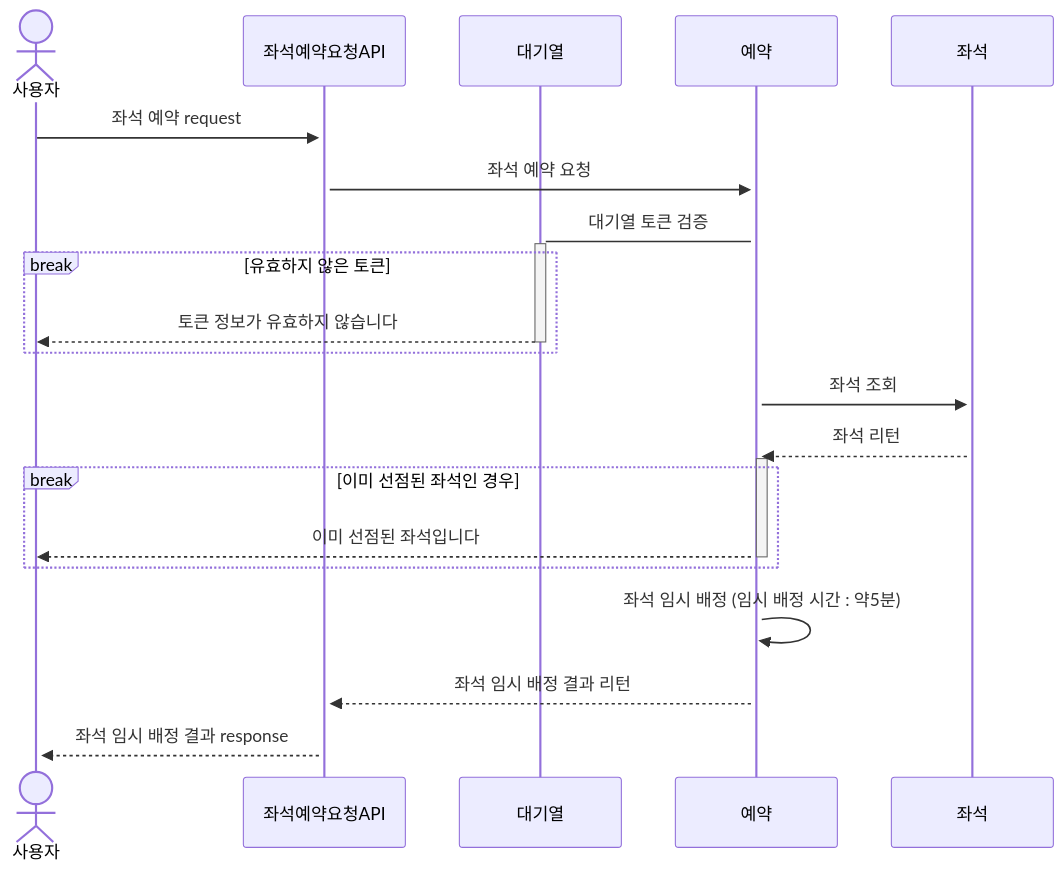
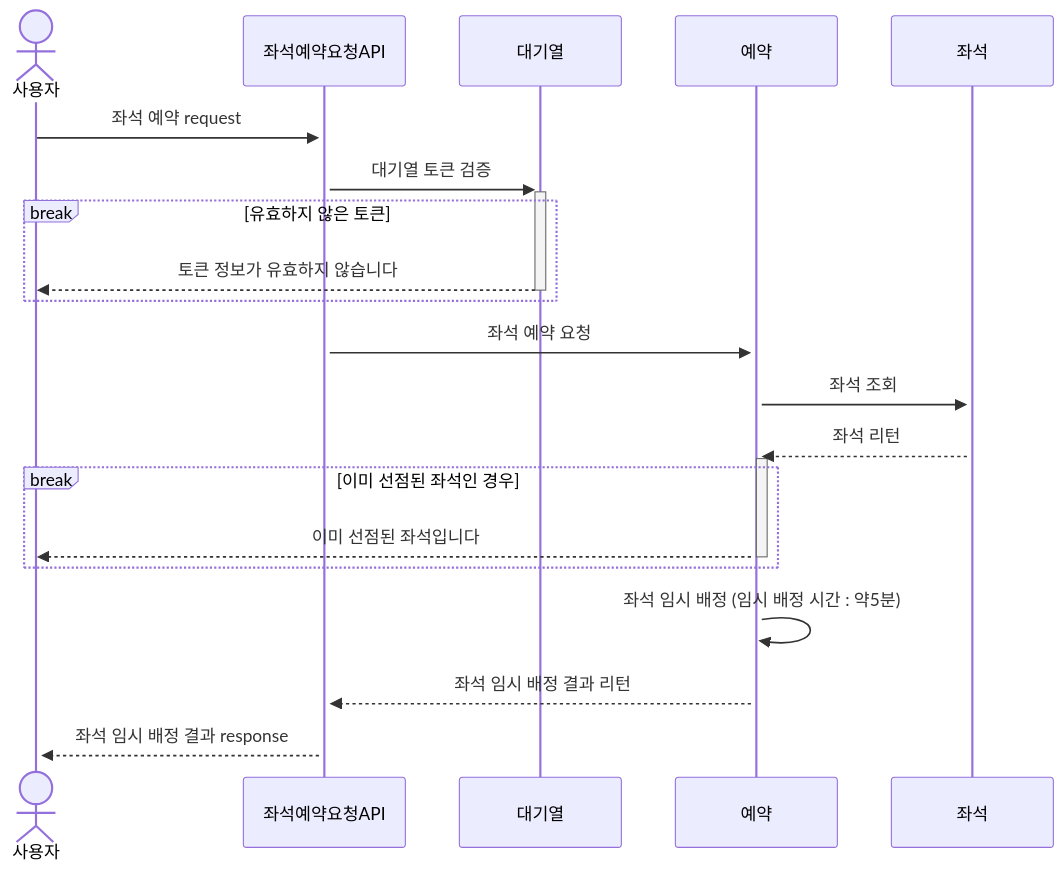
The fourth of 7 diagrams in doc/SEQUENCS.md (jangyoojeong/hhplus-ticketing-week03), drawn with Mermaid before and after one commit. The commit also changed other lines of this file, not shown here.

````diff
--- a/doc/SEQUENCS.md
+++ b/doc/SEQUENCS.md
@@ -78,23 +78,23 @@
 ```mermaid
 sequenceDiagram
     actor  사용자
     participant 좌석예약요청API
     participant 대기열
     participant 예약
     participant 좌석
 
     사용자->>+좌석예약요청API: 좌석 예약 request
-    좌석예약요청API->>+예약: 좌석 예약 요청
-    예약->+대기열:대기열 토큰 검증
+    좌석예약요청API->>+대기열:대기열 토큰 검증
     break 유효하지 않은 토큰
         대기열-->>-사용자: 토큰 정보가 유효하지 않습니다
     end
+    좌석예약요청API->>+예약: 좌석 예약 요청
     예약->>+좌석: 좌석 조회
     좌석-->>+예약: 좌석 리턴
     break 이미 선점된 좌석인 경우
         예약-->>-사용자: 이미 선점된 좌석입니다
     end
     예약->>+예약: 좌석 임시 배정 (임시 배정 시간 : 약5분)
     예약-->>+좌석예약요청API: 좌석 임시 배정 결과 리턴
     좌석예약요청API-->>+사용자: 좌석 임시 배정 결과 response
 ```
````
